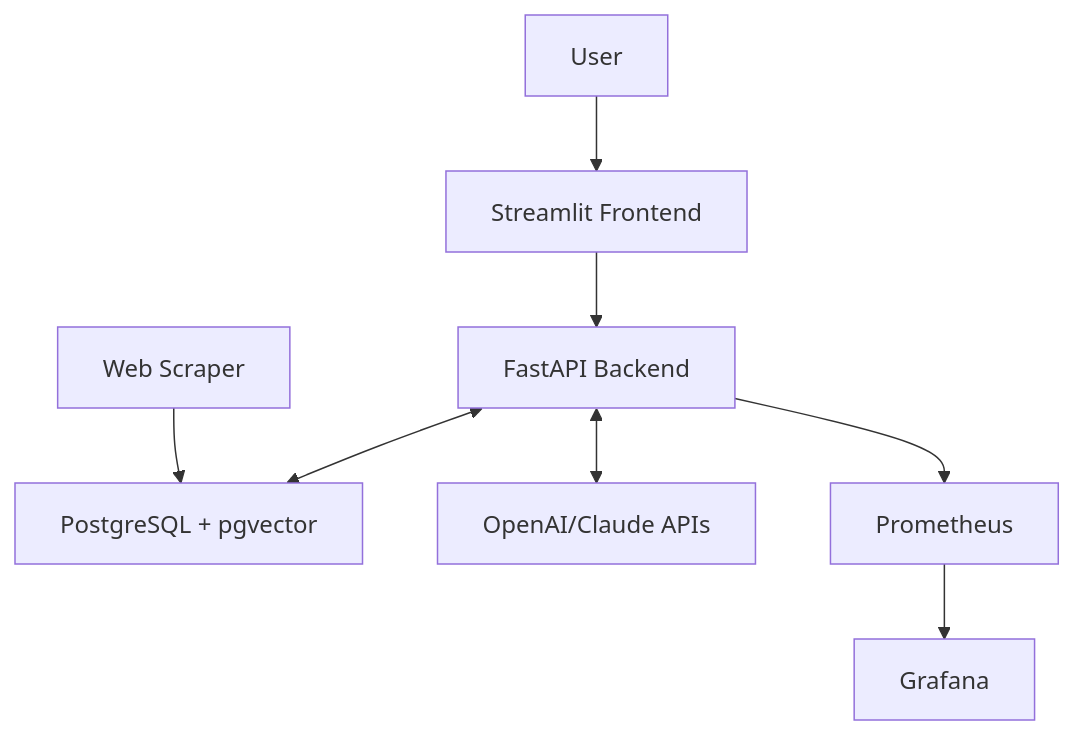
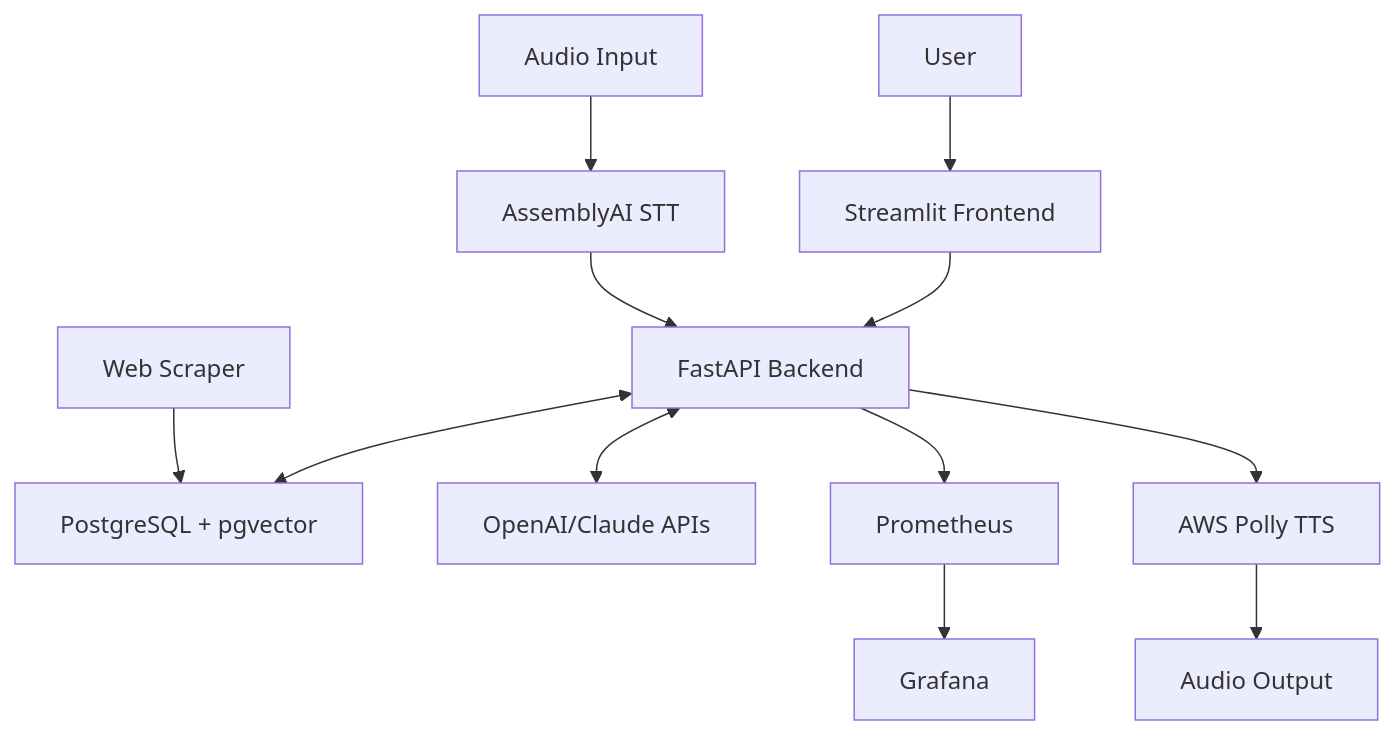
Before and after one commit to KadirGokdeniz/global_gate: the diagram in README.md, drawn with Mermaid. The commit also changed other lines of this file, not shown here.

````diff
--- a/README.md
+++ b/README.md
@@ -47,12 +49,17 @@
 ```mermaid
 graph TD
     A[User] --> B[Streamlit Frontend]
     B --> C[FastAPI Backend]
     C <--> D[PostgreSQL + pgvector]
     
     E[Web Scraper] --> D
     C <--> F[OpenAI/Claude APIs]
     
     G[Prometheus] --> H[Grafana]
     C --> G
+    
+    I[Audio Input] --> J[AssemblyAI STT]
+    J --> C
+    C --> K[AWS Polly TTS]
+    K --> L[Audio Output]
 ```
````
